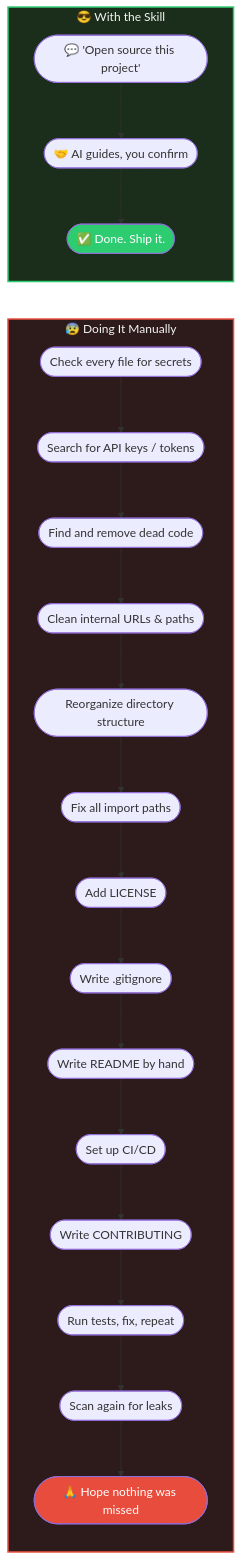
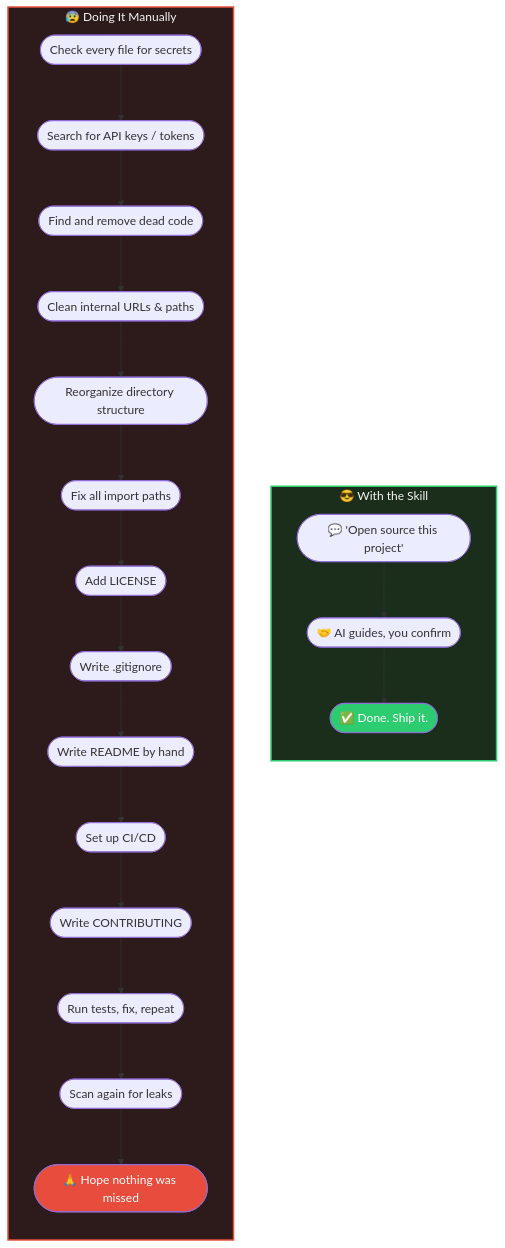
Before and after one commit to breath57/auto-convert-project-to-open-source: the diagram in README.md, drawn with Mermaid. The commit also changed 1 other file, not shown here.

Commit message:
docs: force side-by-side column layout for comparison diagram
Add invisible link (~~~) between subgraphs so Mermaid renders them
as two columns instead of stacking vertically

Made-with: Cursor

````diff
--- a/README.md
+++ b/README.md
@@ -25,31 +25,33 @@
 ```mermaid
 flowchart LR
     subgraph manual["😰 Doing It Manually"]
         direction TB
         m1(["Check every file for secrets"]) --> m2(["Search for API keys / tokens"])
         m2 --> m3(["Find and remove dead code"])
         m3 --> m4(["Clean internal URLs & paths"])
         m4 --> m5(["Reorganize directory structure"])
         m5 --> m6(["Fix all import paths"])
         m6 --> m7(["Add LICENSE"])
         m7 --> m8(["Write .gitignore"])
         m8 --> m9(["Write README by hand"])
         m9 --> m10(["Set up CI/CD"])
         m10 --> m11(["Write CONTRIBUTING"])
         m11 --> m12(["Run tests, fix, repeat"])
         m12 --> m13(["Scan again for leaks"])
         m13 --> m14(["🙏 Hope nothing was missed"])
     end
 
     subgraph skill["😎 With the Skill"]
         direction TB
         s1(["💬 'Open source this project'"])
         s1 --> s2(["🤝 AI guides, you confirm"])
         s2 --> s3(["✅ Done. Ship it."])
     end
 
+    manual ~~~ skill
+
     style manual fill:#2d1b1b,stroke:#e74c3c,stroke-width:2px,color:#f5f5f5
     style skill fill:#1b2d1b,stroke:#2ecc71,stroke-width:2px,color:#f5f5f5
     style m14 fill:#e74c3c,color:#fff
     style s3 fill:#2ecc71,color:#fff
 ```
````
